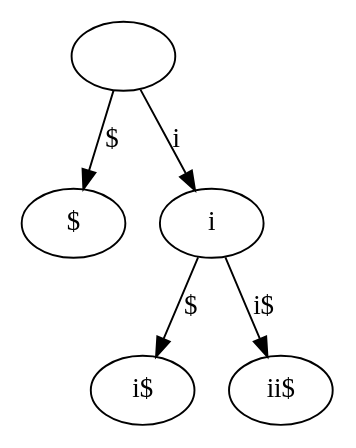
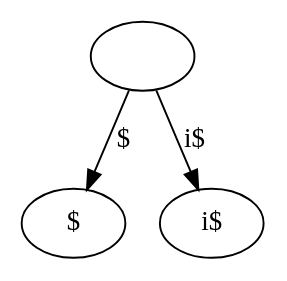
Before and after one commit to cmkobel/GSA: the diagram in 3_lcp_suffix_tree/test-output/iter/1.gv, drawn with Graphviz. The commit also changed 24 other files, not shown here.

```diff
--- a/3_lcp_suffix_tree/test-output/iter/1.gv
+++ b/3_lcp_suffix_tree/test-output/iter/1.gv
@@ -1,12 +1,8 @@
 // Suffix tree
 digraph {
 	"|" [label=""]
 	"$|$" [label="$"]
 	"|" -> "$|$" [label="$"]
-	"i|i" [label=i]
-	"$|i$" [label="i$"]
-	"i|i" -> "$|i$" [label="$"]
-	"i$|ii$" [label="ii$"]
-	"i|i" -> "i$|ii$" [label="i$"]
-	"|" -> "i|i" [label=i]
+	"i$|i$" [label="i$"]
+	"|" -> "i$|i$" [label="i$"]
 }
```
